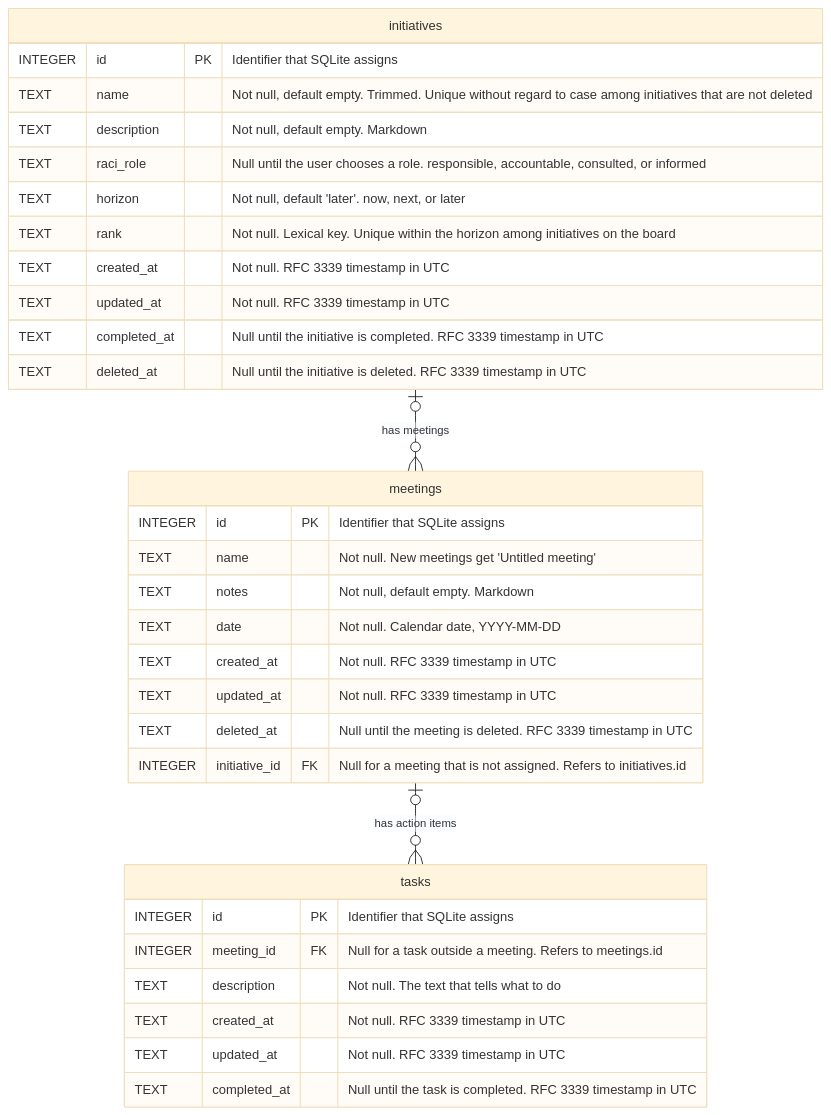
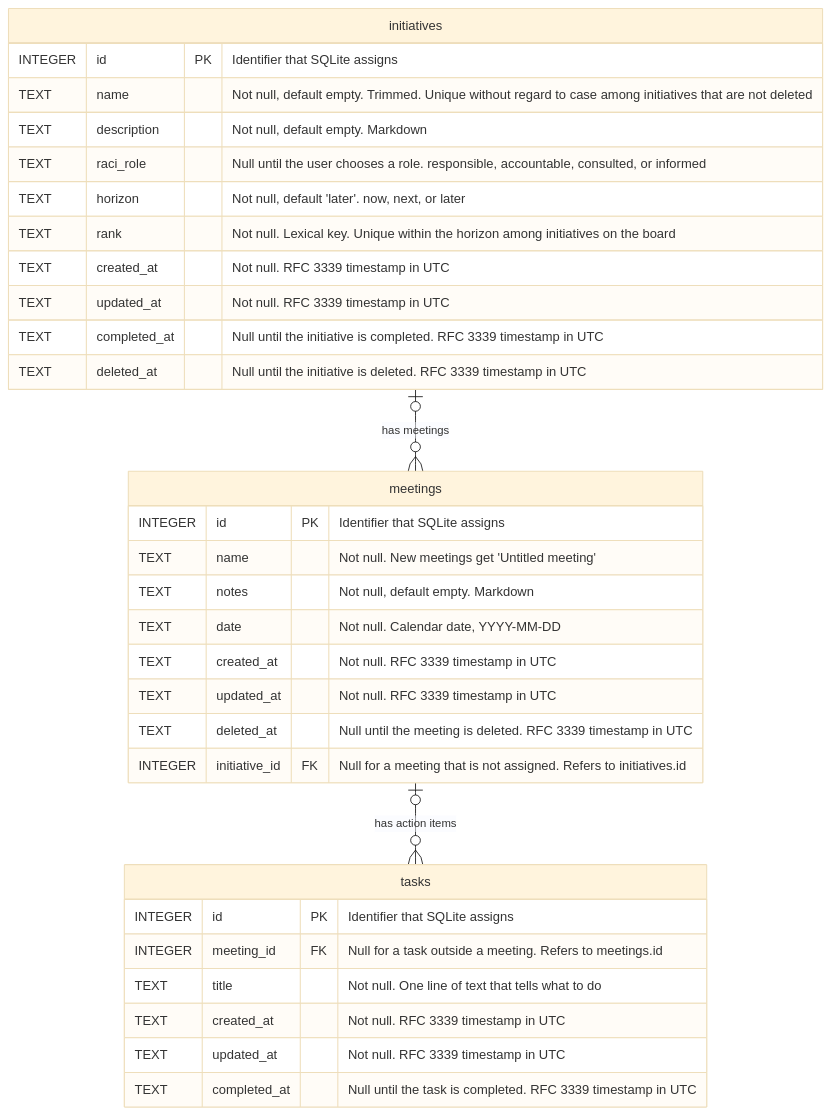
Before and after one commit to marclove/gps: the diagram in docs/data-model.md, drawn with Mermaid (base theme). The commit also changed other lines of this file and 3 other files, not shown here.

````diff
--- a/docs/data-model.md
+++ b/docs/data-model.md
@@ -5,35 +5,35 @@
 ```mermaid
 erDiagram
     meetings {
         INTEGER id PK "Identifier that SQLite assigns"
         TEXT name "Not null. New meetings get 'Untitled meeting'"
         TEXT notes "Not null, default empty. Markdown"
         TEXT date "Not null. Calendar date, YYYY-MM-DD"
         TEXT created_at "Not null. RFC 3339 timestamp in UTC"
         TEXT updated_at "Not null. RFC 3339 timestamp in UTC"
         TEXT deleted_at "Null until the meeting is deleted. RFC 3339 timestamp in UTC"
         INTEGER initiative_id FK "Null for a meeting that is not assigned. Refers to initiatives.id"
     }
     tasks {
         INTEGER id PK "Identifier that SQLite assigns"
         INTEGER meeting_id FK "Null for a task outside a meeting. Refers to meetings.id"
-        TEXT description "Not null. The text that tells what to do"
+        TEXT title "Not null. One line of text that tells what to do"
         TEXT created_at "Not null. RFC 3339 timestamp in UTC"
         TEXT updated_at "Not null. RFC 3339 timestamp in UTC"
         TEXT completed_at "Null until the task is completed. RFC 3339 timestamp in UTC"
     }
     initiatives {
         INTEGER id PK "Identifier that SQLite assigns"
         TEXT name "Not null, default empty. Trimmed. Unique without regard to case among initiatives that are not deleted"
         TEXT description "Not null, default empty. Markdown"
         TEXT raci_role "Null until the user chooses a role. responsible, accountable, consulted, or informed"
         TEXT horizon "Not null, default 'later'. now, next, or later"
         TEXT rank "Not null. Lexical key. Unique within the horizon among initiatives on the board"
         TEXT created_at "Not null. RFC 3339 timestamp in UTC"
         TEXT updated_at "Not null. RFC 3339 timestamp in UTC"
         TEXT completed_at "Null until the initiative is completed. RFC 3339 timestamp in UTC"
         TEXT deleted_at "Null until the initiative is deleted. RFC 3339 timestamp in UTC"
     }
     meetings |o--o{ tasks : "has action items"
     initiatives |o--o{ meetings : "has meetings"
 ```
````
